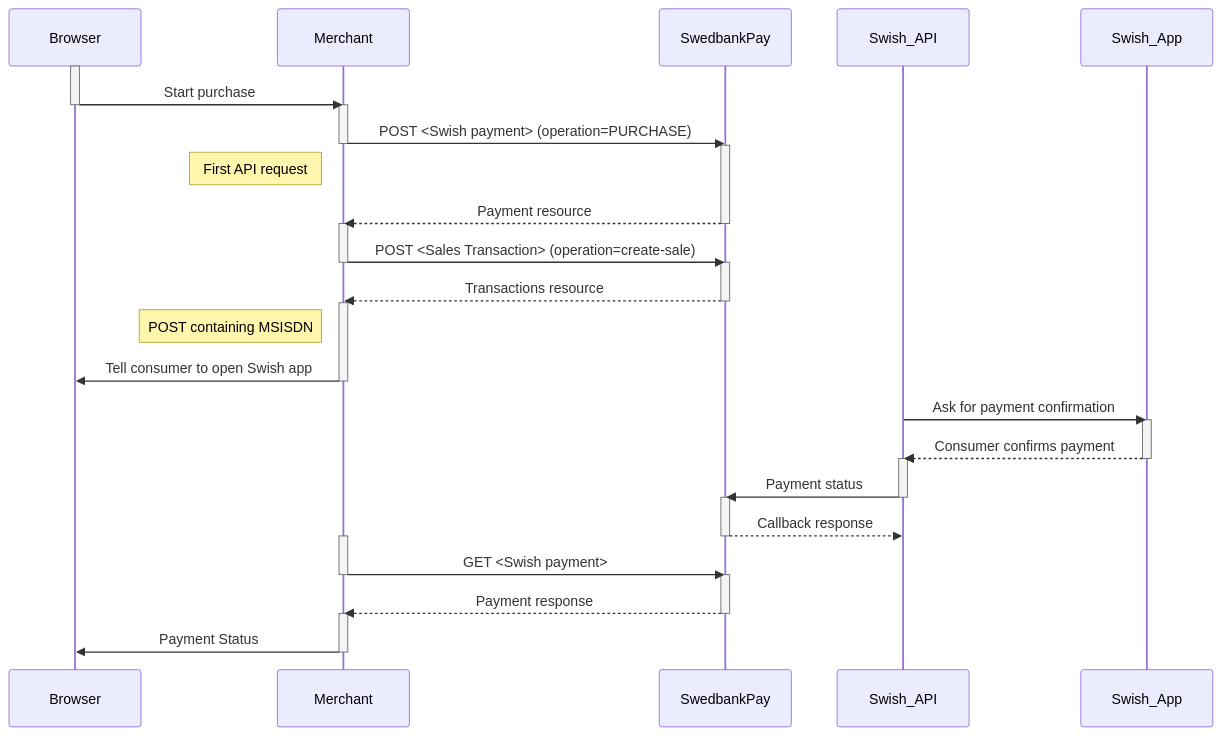
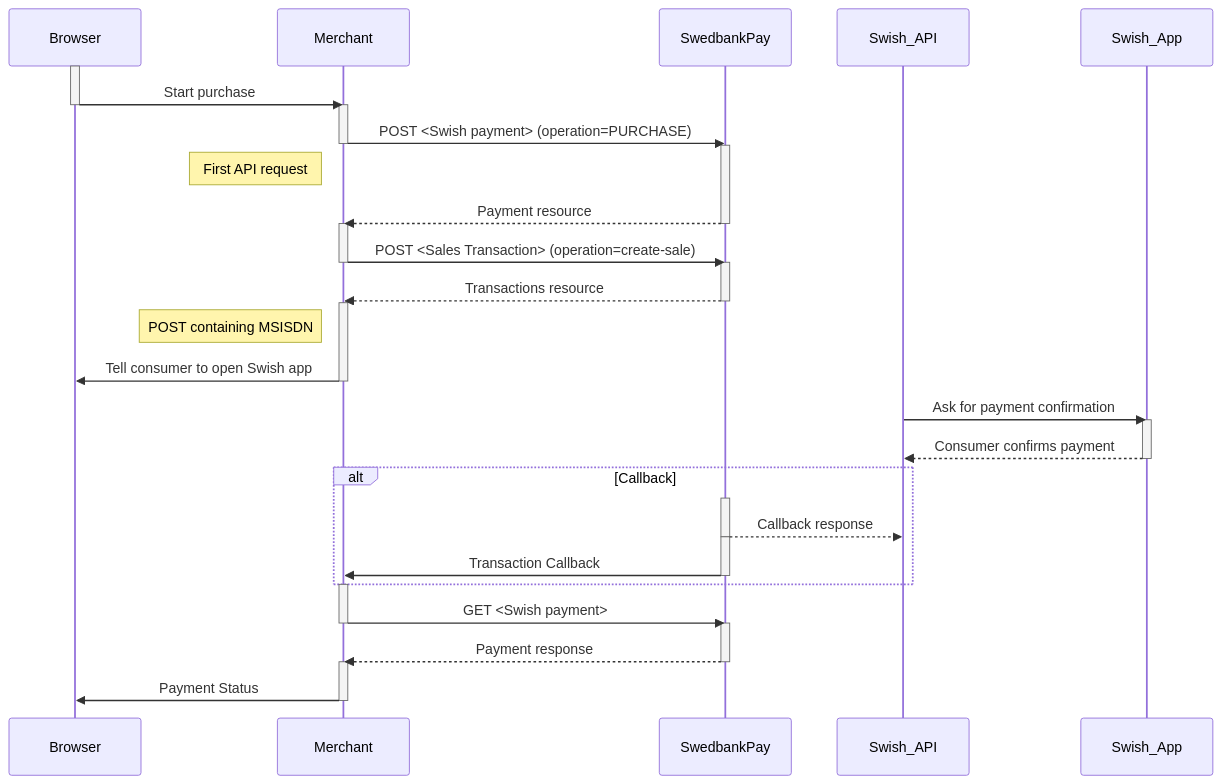
One commit to SwedbankPay/developer.swedbankpay.com changed the first of 2 diagrams in payments/swish/direct.md. Above: the diagram before and after it, drawn with Mermaid. The commit also changed other lines of this file, not shown here.

Commit message:
dx-873 fixed flow charts in direct whish

````diff
--- a/payments/swish/direct.md
+++ b/payments/swish/direct.md
@@ -227,33 +227,34 @@
 ```mermaid
 sequenceDiagram
   activate Browser
   Browser->>-Merchant: Start purchase
   activate Merchant
   Merchant->>-SwedbankPay: POST <Swish payment> (operation=PURCHASE)
   activate  SwedbankPay
   note left of Merchant: First API request
-   SwedbankPay-->>-Merchant: Payment resource
-   activate Merchant
+  SwedbankPay-->>-Merchant: Payment resource
+  activate Merchant
 
   Merchant->>- SwedbankPay: POST <Sales Transaction> (operation=create-sale)
   activate  SwedbankPay
-   SwedbankPay-->>-Merchant: Transactions resource
+  SwedbankPay-->>-Merchant: Transactions resource
   activate Merchant
   note left of Merchant: POST containing MSISDN
   Merchant->>-Browser: Tell consumer to open Swish app
   Swish_API->>Swish_App: Ask for payment confirmation
   activate Swish_App
   Swish_App-->>-Swish_API: Consumer confirms payment
-  activate Swish_API
-
-  Swish_API->>-SwedbankPay: Payment status
-  activate  SwedbankPay
-   SwedbankPay-->>-Swish_API: Callback response
+        alt Callback
+        activate SwedbankPay
+        SwedbankPay-->>-Swish_API: Callback response
+        activate SwedbankPay
+        SwedbankPay->>-Merchant: Transaction Callback
+        end
 
   activate Merchant
   Merchant->>- SwedbankPay: GET <Swish payment>
   activate  SwedbankPay
-   SwedbankPay-->>-Merchant: Payment response
+  SwedbankPay-->>-Merchant: Payment response
   activate Merchant
   Merchant->>-Browser: Payment Status
 ```
````
